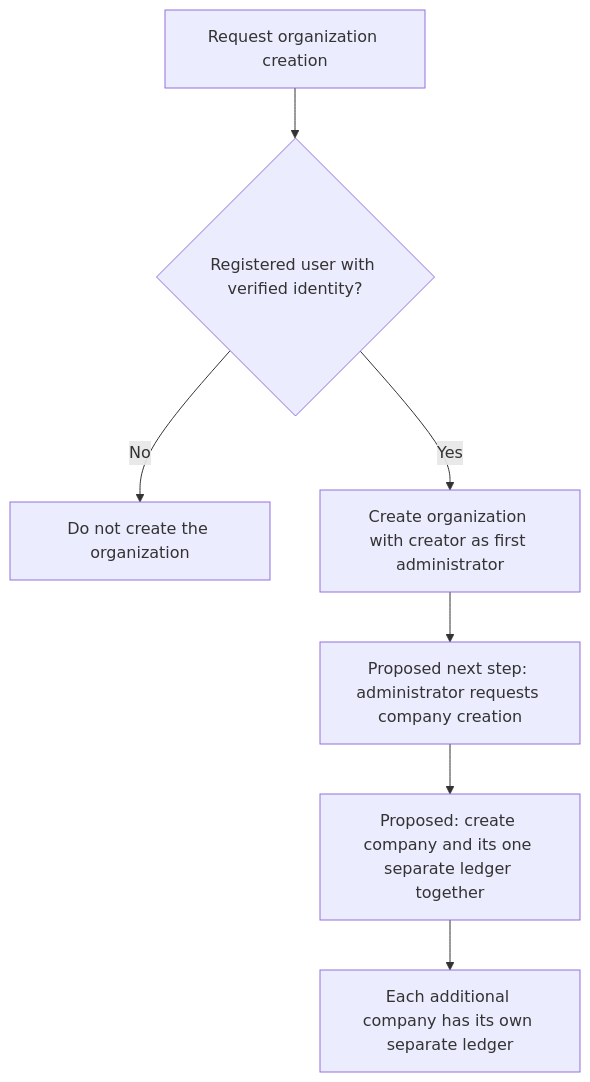
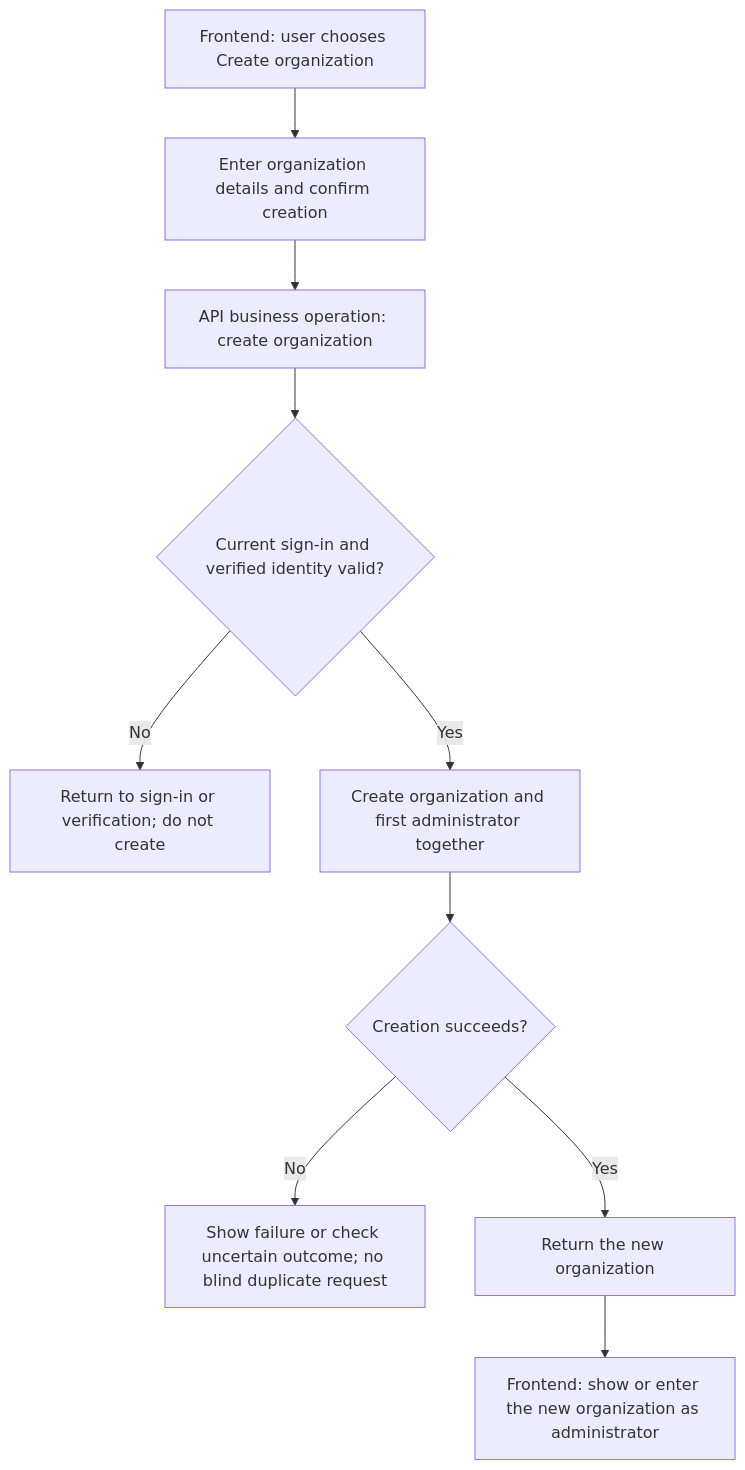
Before and after one commit to Qifei-L/Books: the second of 8 diagrams in docs/11-workflows.md, drawn with Mermaid. The commit also changed other lines of this file and 1 other file, not shown here.

Commit message:
docs: separate sign-in from explicit organization creation

````diff
--- a/docs/11-workflows.md
+++ b/docs/11-workflows.md
@@ -13,9 +44,12 @@
 ```mermaid
 flowchart TD
-    A["Request organization creation"] --> B{"Registered user with verified identity?"}
-    B -->|No| C["Do not create the organization"]
-    B -->|Yes| D["Create organization with creator as first administrator"]
-    D --> E["Proposed next step: administrator requests company creation"]
-    E --> F["Proposed: create company and its one separate ledger together"]
-    F --> G["Each additional company has its own separate ledger"]
+    A["Frontend: user chooses Create organization"] --> B["Enter organization details and confirm creation"]
+    B --> C["API business operation: create organization"]
+    C --> D{"Current sign-in and verified identity valid?"}
+    D -->|No| E["Return to sign-in or verification; do not create"]
+    D -->|Yes| F["Create organization and first administrator together"]
+    F --> G{"Creation succeeds?"}
+    G -->|No| H["Show failure or check uncertain outcome; no blind duplicate request"]
+    G -->|Yes| I["Return the new organization"]
+    I --> J["Frontend: show or enter the new organization as administrator"]
 ```
````
